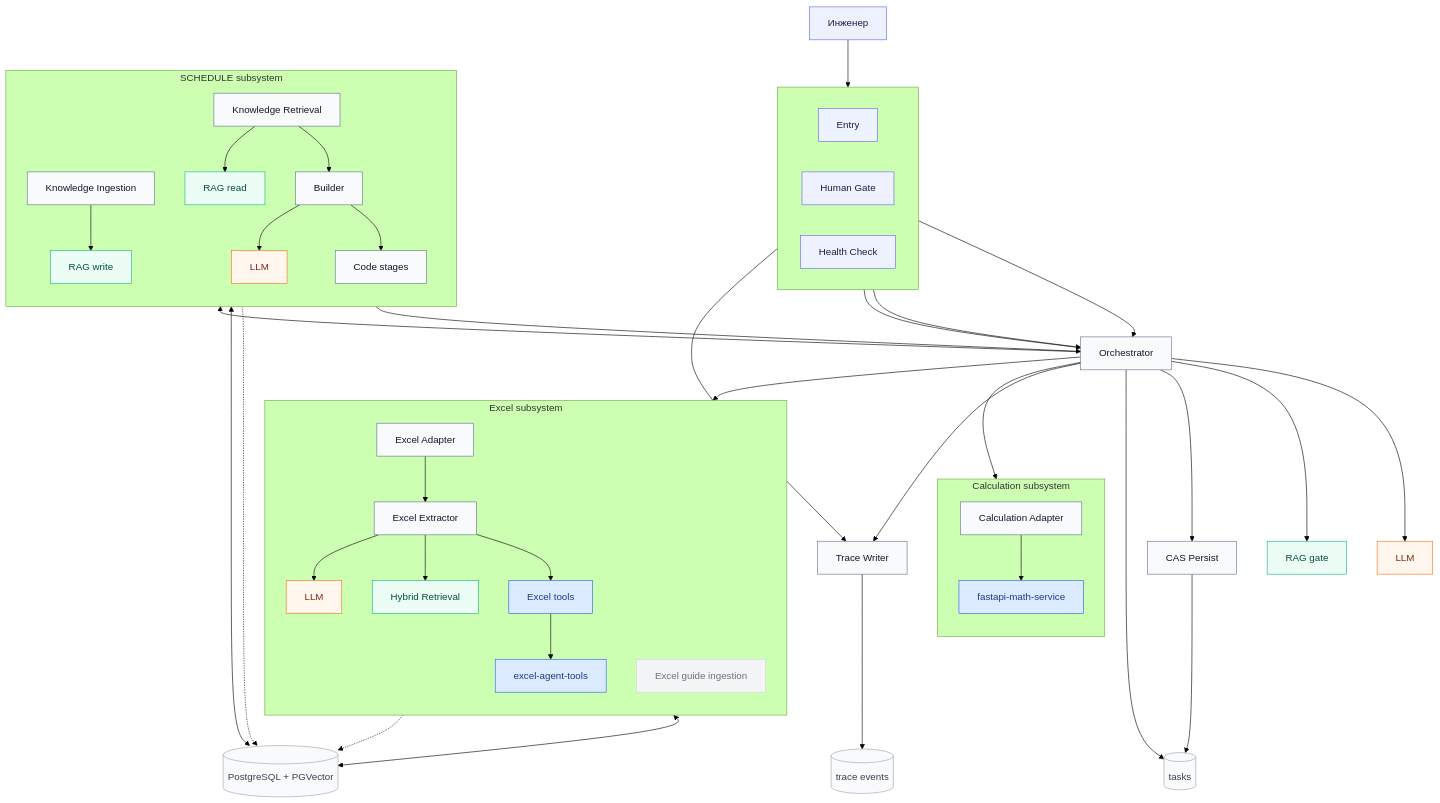
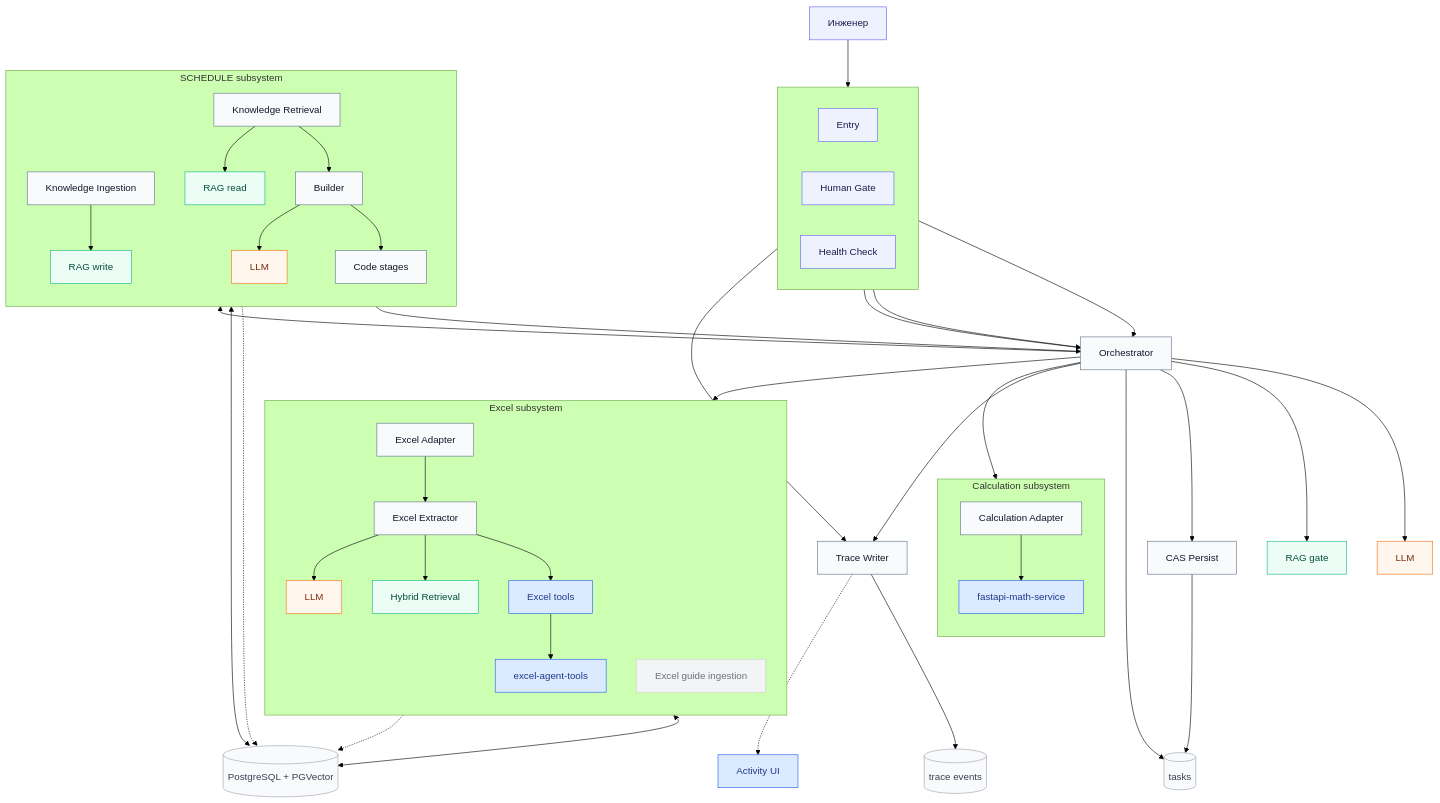
One commit to lun1tunes/omegalul changed the diagram in docs.md. Above: the diagram before and after it, drawn with Mermaid (forest theme). The commit also changed other lines of this file and 11 other files, not shown here.

```diff
--- a/docs.md
+++ b/docs.md
@@ -46,6 +46,7 @@
 
   Trace[Trace Writer]:::box
   TraceDT[(trace events)]:::data
+  Activity[Activity UI]:::svc
 
   subgraph EXCEL[Excel subsystem]
     direction TB
@@ -98,6 +99,7 @@
   Orch --> TaskDT
   CasPersist --> TaskDT
   Orch --> Trace --> TraceDT
+  Trace -.-> Activity
   Orch --> ExcelAdapt
   Orch --> SRetr
   Orch --> CalcAdapt
```
